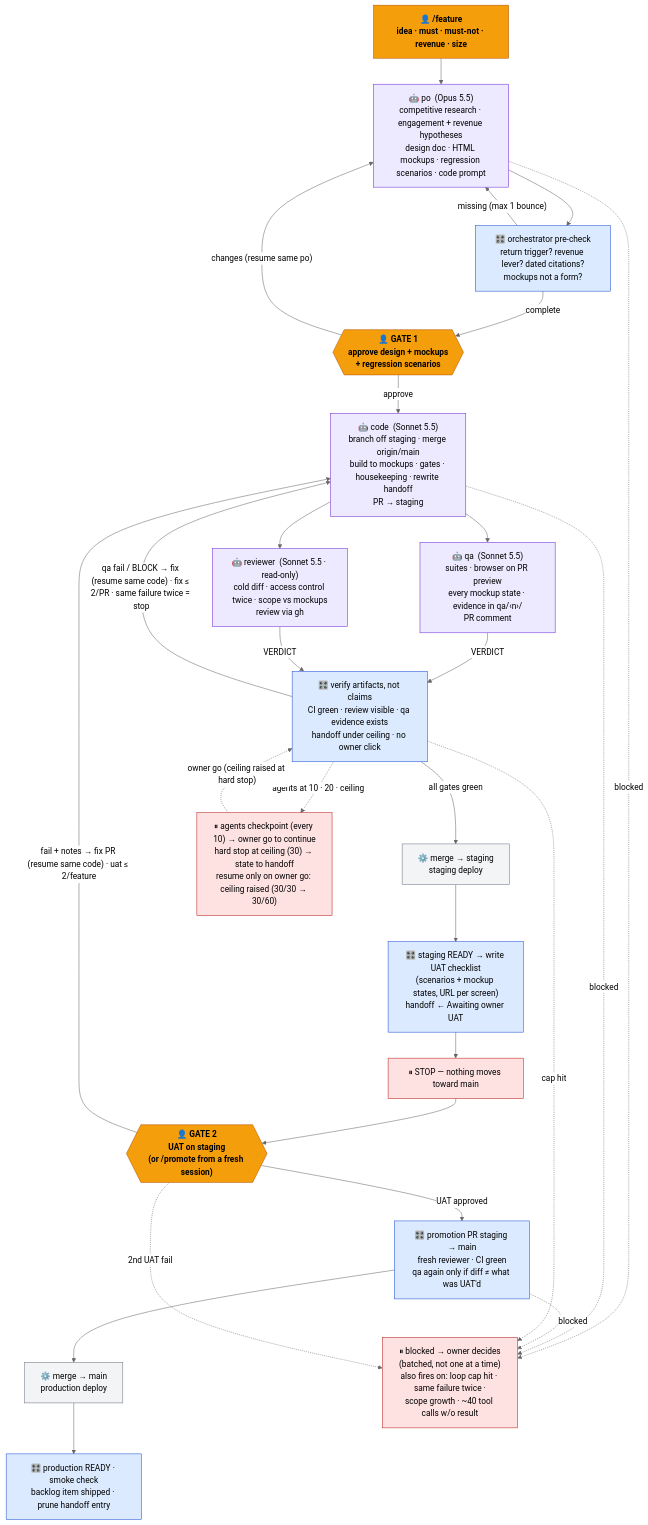
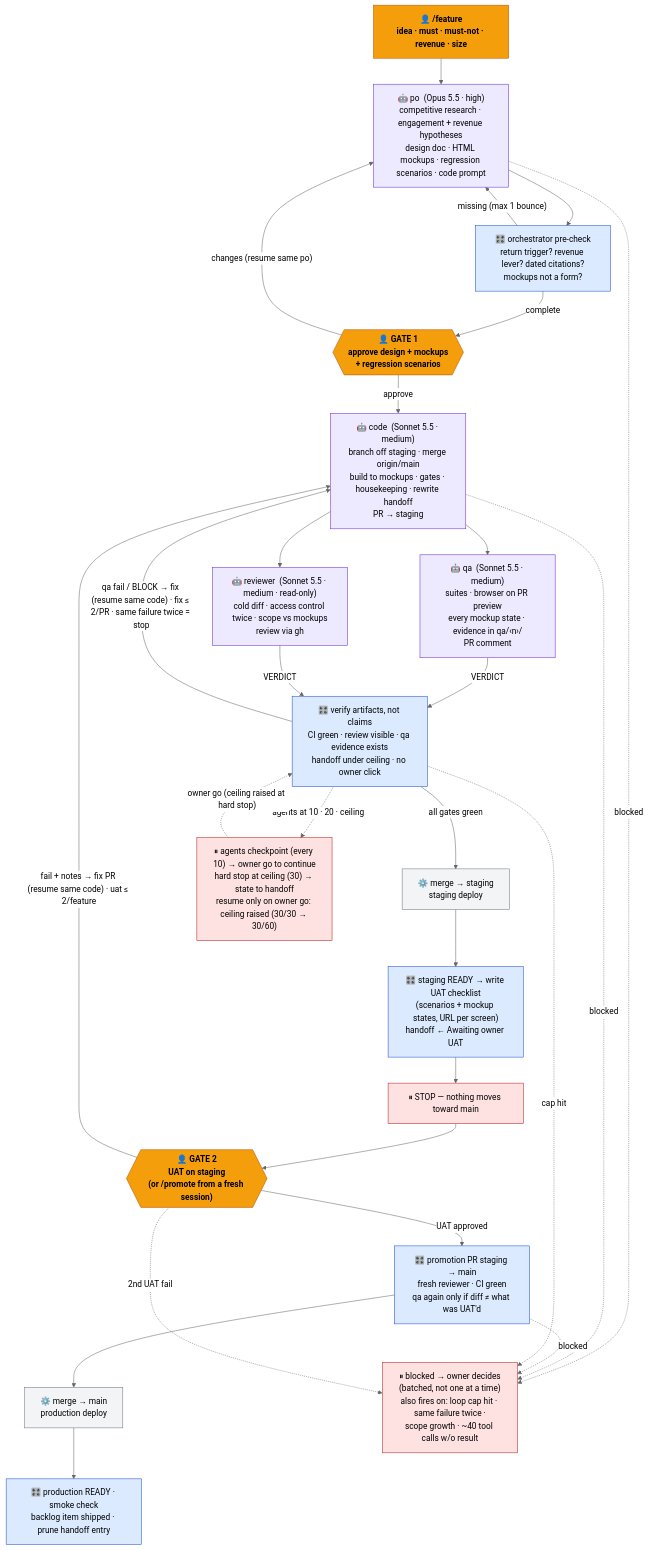
The first of 3 diagrams in pipeline-kit/diagram.md (gwincode/gwin-claude-agent-pipeline-kit), drawn with Mermaid (neutral theme) before and after one commit. The commit also changed 9 other files, not shown here.

````diff
--- a/pipeline-kit/diagram.md
+++ b/pipeline-kit/diagram.md
@@ -13,47 +13,47 @@
 ```mermaid
 flowchart TB
     classDef owner fill:#f59e0b,stroke:#b45309,color:#000,font-weight:bold
     classDef orch fill:#dbeafe,stroke:#1d4ed8,color:#000
     classDef agent fill:#ede9fe,stroke:#6d28d9,color:#000
     classDef sys fill:#f3f4f6,stroke:#6b7280,color:#000
     classDef stop fill:#fee2e2,stroke:#b91c1c,color:#000
 
     K["👤 /feature<br/>idea · must · must-not · revenue · size"]:::owner
-    PO["🤖 po  (Opus 5.5)<br/>competitive research · engagement + revenue hypotheses<br/>design doc · HTML mockups · regression scenarios · code prompt"]:::agent
+    PO["🤖 po  (Opus 5.5 · high)<br/>competitive research · engagement + revenue hypotheses<br/>design doc · HTML mockups · regression scenarios · code prompt"]:::agent
     CHK1["🎛️ orchestrator pre-check<br/>return trigger? revenue lever? dated citations?<br/>mockups not a form?"]:::orch
     G1{{"👤 GATE 1<br/>approve design + mockups<br/>+ regression scenarios"}}:::owner
-    CODE["🤖 code  (Sonnet 5.5)<br/>branch off staging · merge origin/main<br/>build to mockups · gates · housekeeping · rewrite handoff<br/>PR → staging"]:::agent
-    QA["🤖 qa  (Sonnet 5.5)<br/>suites · browser on PR preview<br/>every mockup state · evidence in qa/‹n›/<br/>PR comment"]:::agent
-    REV["🤖 reviewer  (Sonnet 5.5 · read-only)<br/>cold diff · access control twice · scope vs mockups<br/>review via gh"]:::agent
+    CODE["🤖 code  (Sonnet 5.5 · medium)<br/>branch off staging · merge origin/main<br/>build to mockups · gates · housekeeping · rewrite handoff<br/>PR → staging"]:::agent
+    QA["🤖 qa  (Sonnet 5.5 · medium)<br/>suites · browser on PR preview<br/>every mockup state · evidence in qa/‹n›/<br/>PR comment"]:::agent
+    REV["🤖 reviewer  (Sonnet 5.5 · medium · read-only)<br/>cold diff · access control twice · scope vs mockups<br/>review via gh"]:::agent
     V1["🎛️ verify artifacts, not claims<br/>CI green · review visible · qa evidence exists<br/>handoff under ceiling · no owner click"]:::orch
     M1["⚙️ merge → staging<br/>staging deploy"]:::sys
     UATP["🎛️ staging READY → write UAT checklist<br/>(scenarios + mockup states, URL per screen)<br/>handoff ← Awaiting owner UAT"]:::orch
     STOP1["⏸ STOP — nothing moves toward main"]:::stop
     G2{{"👤 GATE 2<br/>UAT on staging<br/>(or /promote from a fresh session)"}}:::owner
     PROM["🎛️ promotion PR staging → main<br/>fresh reviewer · CI green<br/>qa again only if diff ≠ what was UAT'd"]:::orch
     M2["⚙️ merge → main<br/>production deploy"]:::sys
     DONE["🎛️ production READY · smoke check<br/>backlog item shipped · prune handoff entry"]:::orch
     BLK["⏸ blocked → owner decides<br/>(batched, not one at a time)<br/>also fires on: loop cap hit · same failure twice ·<br/>scope growth · ~40 tool calls w/o result"]:::stop
     CKP["⏸ agents checkpoint (every 10) → owner go to continue<br/>hard stop at ceiling (30) → state to handoff<br/>resume only on owner go: ceiling raised (30/30 → 30/60)"]:::stop
 
     K --> PO --> CHK1
     CHK1 -- "missing (max 1 bounce)" --> PO
     CHK1 -- "complete" --> G1
     G1 -- "changes (resume same po)" --> PO
     G1 -- "approve" --> CODE
     CODE --> QA
     CODE --> REV
     QA -- "VERDICT" --> V1
     REV -- "VERDICT" --> V1
     V1 -- "qa fail / BLOCK → fix (resume same code) · fix ≤ 2/PR · same failure twice = stop" --> CODE
     V1 -- "all gates green" --> M1 --> UATP --> STOP1 --> G2
     G2 -- "fail + notes → fix PR (resume same code) · uat ≤ 2/feature" --> CODE
     G2 -- "UAT approved" --> PROM --> M2 --> DONE
     PO -. "blocked" .-> BLK
     CODE -. "blocked" .-> BLK
     PROM -. "blocked" .-> BLK
     V1 -. "cap hit" .-> BLK
     G2 -. "2nd UAT fail" .-> BLK
     V1 -. "agents at 10 · 20 · ceiling" .-> CKP
     CKP -. "owner go (ceiling raised at hard stop)" .-> V1
 ```
````
